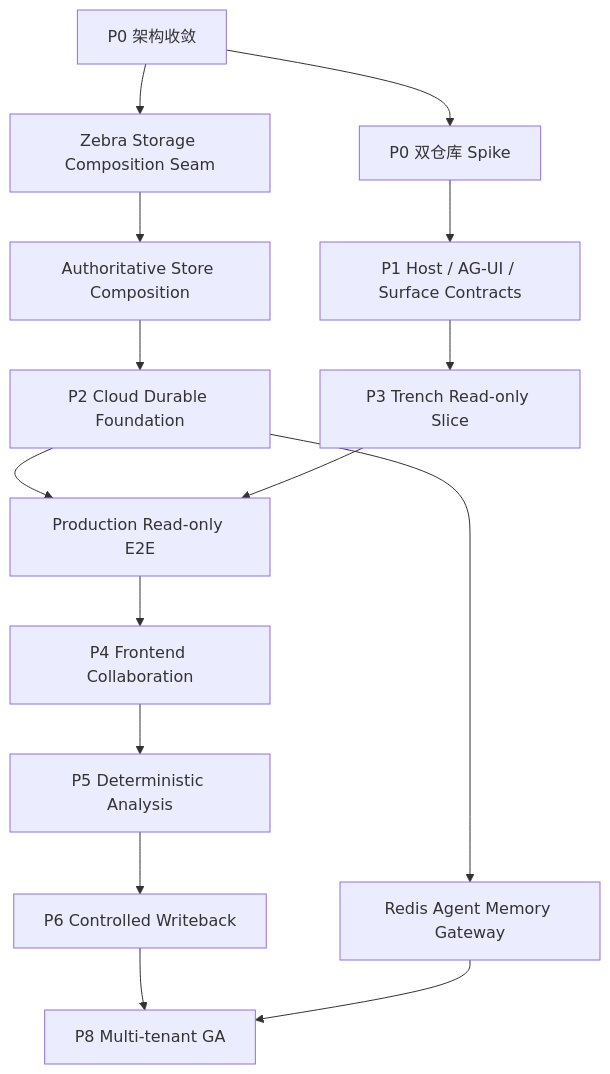
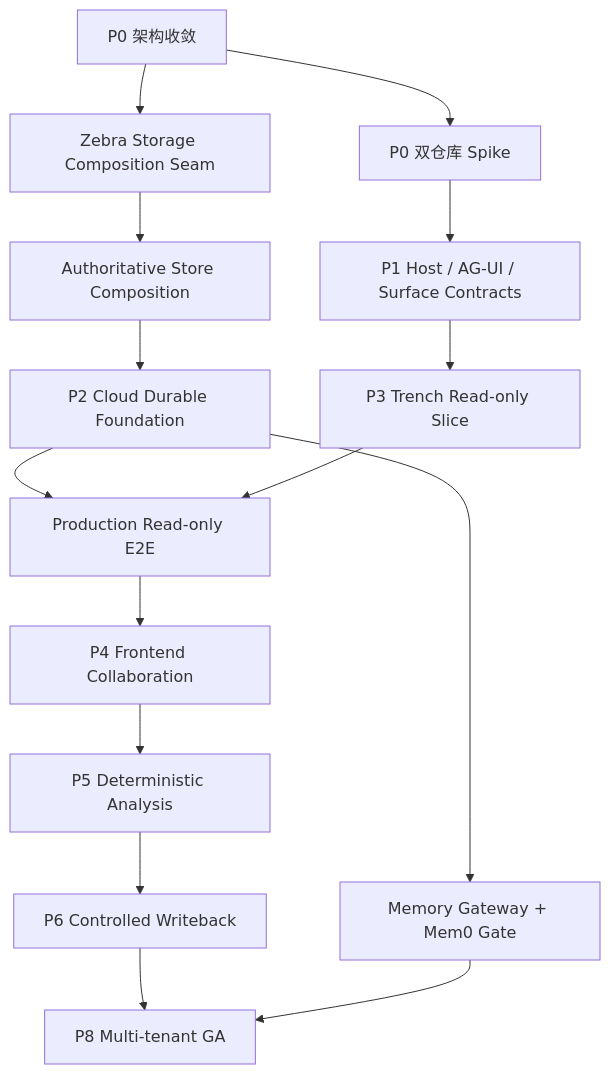
One commit to LogicStormINC/zebra changed the diagram in docs/Zebra Embedded与Trench实施任务拆解_v1.0.md. Above: the diagram before and after it, drawn with Mermaid. The commit also changed other lines of this file and 9 other files, not shown here.

Commit message:
feat(MEM-GW-CON-01): define semantic memory gateway

````diff
--- a/docs/Zebra Embedded与Trench实施任务拆解_v1.0.md
+++ b/docs/Zebra Embedded与Trench实施任务拆解_v1.0.md
@@ -27,17 +27,17 @@
 ```mermaid
 flowchart TD
     PLAN["P0 架构收敛"] --> SPIKE["P0 双仓库 Spike"]
     PLAN --> SEAM["Zebra Storage Composition Seam"]
     SEAM --> AUTH["Authoritative Store Composition"]
     AUTH --> CLOUD["P2 Cloud Durable Foundation"]
-    CLOUD --> MEMORY["Redis Agent Memory Gateway"]
+    CLOUD --> MEMORY["Memory Gateway + Mem0 Gate"]
     SPIKE --> CONTRACT["P1 Host / AG-UI / Surface Contracts"]
     CONTRACT --> READ["P3 Trench Read-only Slice"]
     CLOUD --> READGATE["Production Read-only E2E"]
     READ --> READGATE
     READGATE --> FRONTEND["P4 Frontend Collaboration"]
     FRONTEND --> ANALYSIS["P5 Deterministic Analysis"]
     ANALYSIS --> WRITE["P6 Controlled Writeback"]
     WRITE --> GA["P8 Multi-tenant GA"]
     MEMORY --> GA
 ```
````
